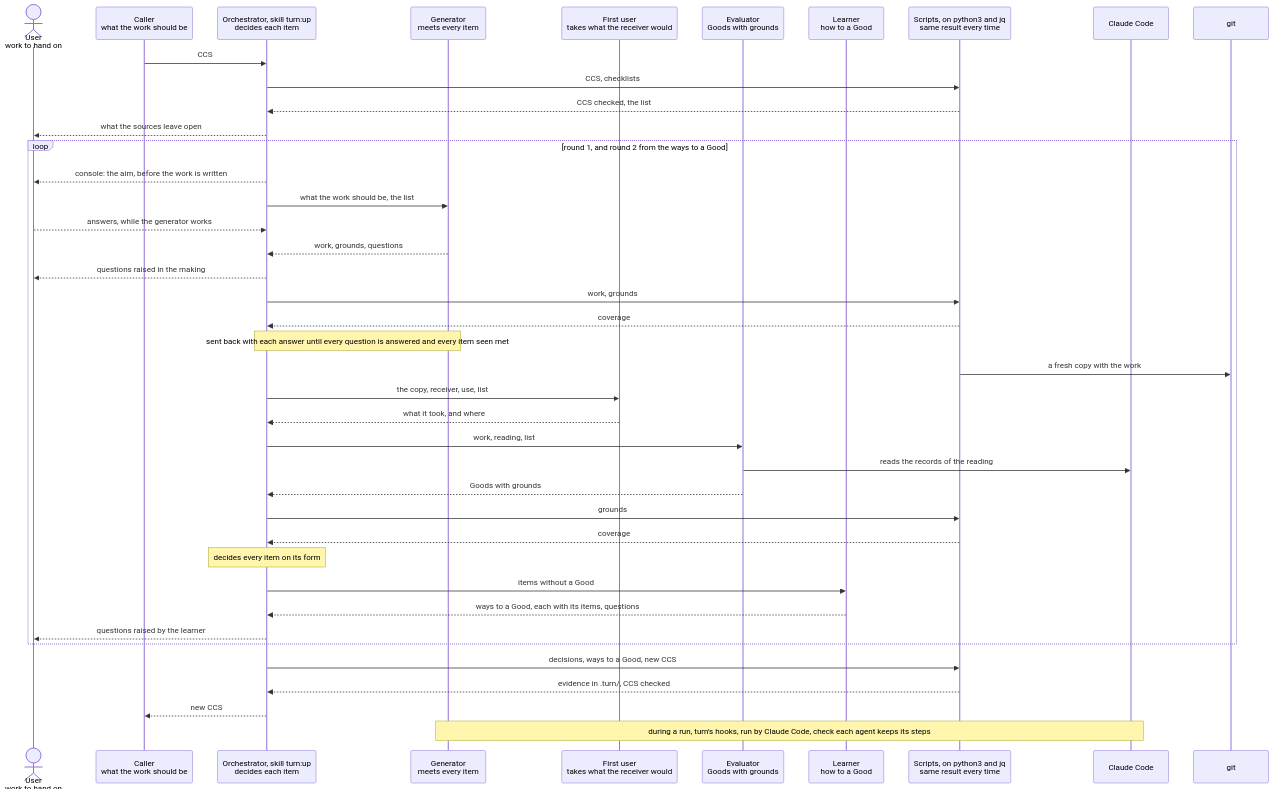
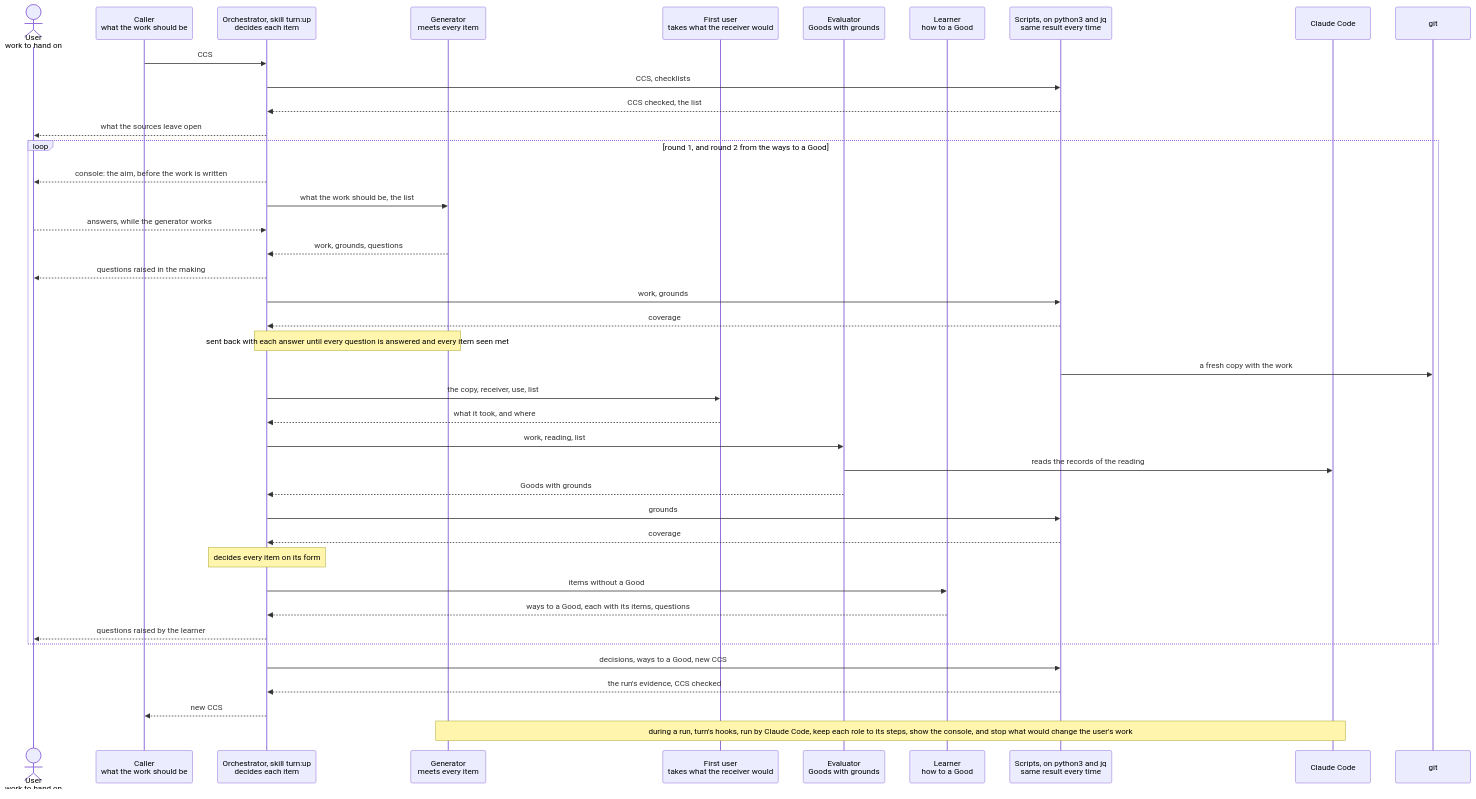
One commit to lovaizu/ccpm changed the diagram in dev/turn/design.md. Above: the diagram before and after it, drawn with Mermaid. The commit also changed other lines of this file and 2 other files, not shown here.

First line of the commit message:
turn design: each approach defines the parts that hold it, the hooks included, and promises what callers rely on, not the build's names

````diff
--- a/dev/turn/design.md
+++ b/dev/turn/design.md
@@ -169,43 +181,43 @@
 ```mermaid
 sequenceDiagram
   actor U as User<br/>work to hand on
   participant C as Caller<br/>what the work should be
   participant O as Orchestrator, skill turn:up<br/>decides each item
   participant G as Generator<br/>meets every item
   participant F as First user<br/>takes what the receiver would
   participant E as Evaluator<br/>Goods with grounds
   participant L as Learner<br/>how to a Good
   participant S as Scripts, on python3 and jq<br/>same result every time
   participant CC as Claude Code
   participant GIT as git
   C->>O: CCS
   O->>S: CCS, checklists
   S-->>O: CCS checked, the list
   O-->>U: what the sources leave open
   loop round 1, and round 2 from the ways to a Good
     O-->>U: console: the aim, before the work is written
     O->>G: what the work should be, the list
     U-->>O: answers, while the generator works
     G-->>O: work, grounds, questions
     O-->>U: questions raised in the making
     O->>S: work, grounds
     S-->>O: coverage
     Note over O,G: sent back with each answer until every question is answered and every item seen met
     S->>GIT: a fresh copy with the work
     O->>F: the copy, receiver, use, list
     F-->>O: what it took, and where
     O->>E: work, reading, list
     E->>CC: reads the records of the reading
     E-->>O: Goods with grounds
     O->>S: grounds
     S-->>O: coverage
     Note over O: decides every item on its form
     O->>L: items without a Good
     L-->>O: ways to a Good, each with its items, questions
     O-->>U: questions raised by the learner
   end
   O->>S: decisions, ways to a Good, new CCS
-  S-->>O: evidence in .turn/, CCS checked
+  S-->>O: the run's evidence, CCS checked
   O-->>C: new CCS
-  Note over G,CC: during a run, turn's hooks, run by Claude Code, check each agent keeps its steps
+  Note over G,CC: during a run, turn's hooks, run by Claude Code, keep each role to its steps, show the console, and stop what would change the user's work
 ```
````
